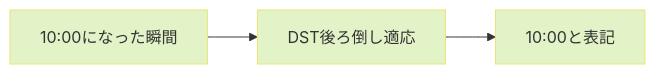
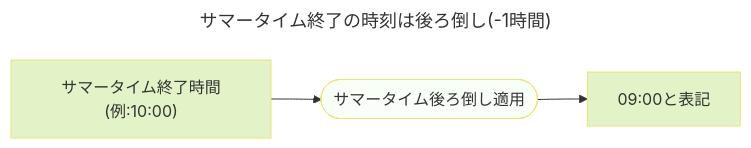
The sixth of 9 diagrams in articles/blog_fes_2024_dst_basics.md (proteinmochi/zenn), drawn with Mermaid before and after one commit. The commit also changed other lines of this file, not shown here.

````diff
--- a/articles/blog_fes_2024_dst_basics.md
+++ b/articles/blog_fes_2024_dst_basics.md
@@ -71,5 +115,10 @@
 ```mermaid
+---
+title: サマータイム終了の時刻は後ろ倒し(-1時間)
+---
 graph LR
-   id1["10:00になった瞬間"] --> id2[DST後ろ倒し適応] --> id4[10:00と表記]
-   classDef default fill:#e2f4c7, stroke:#eae374
+   id1["サマータイム終了時間(例:10:00)"] --> id2([サマータイム後ろ倒し適用]) --> id3[09:00と表記]
+   style id1 fill:#e2f4c7, stroke:#eae374
+   style id2 fill:#F8FFF6, stroke:#eae374
+   style id3 fill:#e2f4c7, stroke:#eae374
 ```
````
